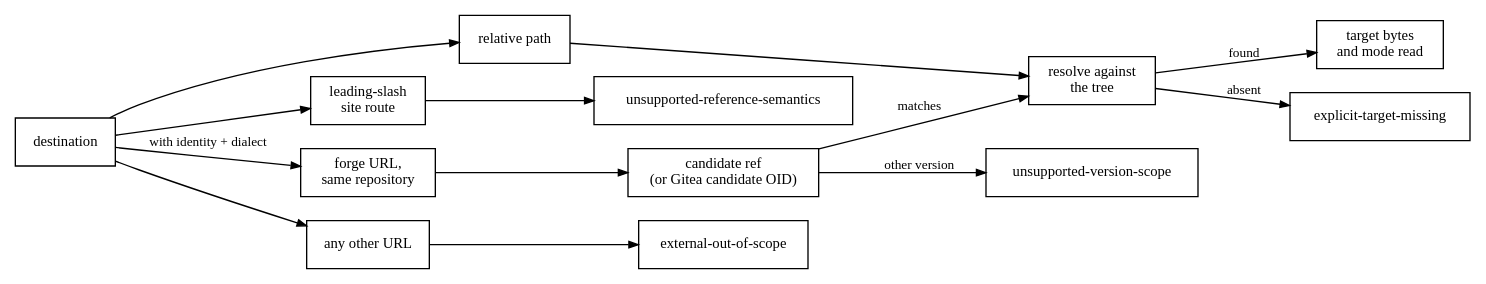
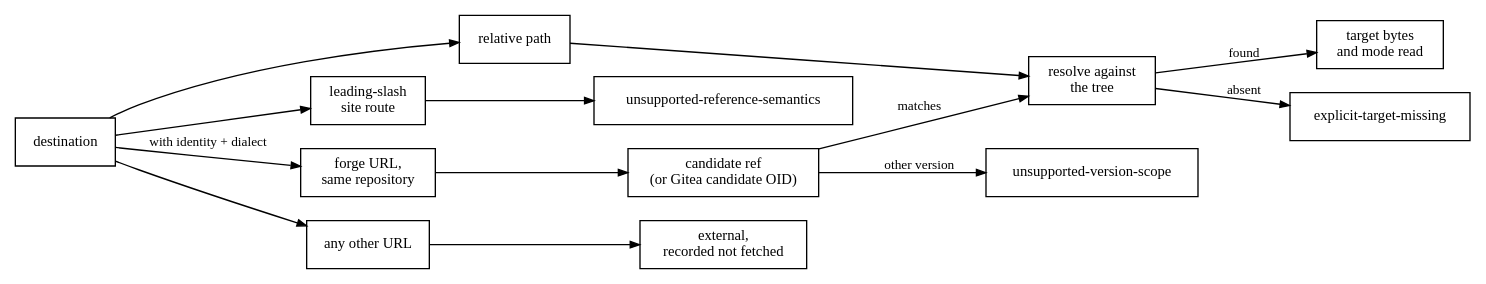
The diagram in docs/src/resolution.md (HardMax71/amiss), drawn with Graphviz before and after one commit. The commit also changed other lines of this file and 19 other files, not shown here.

````diff
--- a/docs/src/resolution.md
+++ b/docs/src/resolution.md
@@ -59,28 +61,29 @@
 ```dot process
 digraph resolve {
   rankdir = LR;
   node [shape = box, fontname = "Latin Modern, Georgia, serif", fontsize = 11];
   edge [fontname = "Latin Modern, Georgia, serif", fontsize = 10, arrowsize = 0.7];
   dest  [label = "destination"];
   rel   [label = "relative path"];
   route [label = "leading-slash
 site route"];
   forge [label = "forge URL,
 same repository"];
   scope [label = "candidate ref
 (or Gitea candidate OID)"];
   other [label = "any other URL"];
   tree  [label = "resolve against
 the tree"];
-  ext   [label = "external-out-of-scope"];
+  ext   [label = "external,
+recorded not fetched"];
   vers  [label = "unsupported-version-scope"];
   unsup [label = "unsupported-reference-semantics"];
   hit   [label = "target bytes
 and mode read"];
   miss  [label = "explicit-target-missing"];
   dest -> rel; dest -> forge [label = "with identity + dialect"]; dest -> route; dest -> other;
   rel -> tree; forge -> scope; scope -> tree [label = "matches"];
   scope -> vers [label = "other version"]; route -> unsup; other -> ext;
   tree -> hit [label = "found"]; tree -> miss [label = "absent"];
 }
 ```
````
